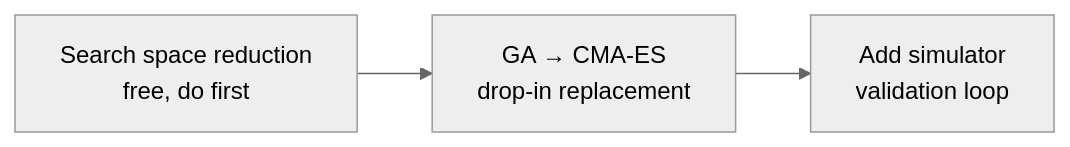
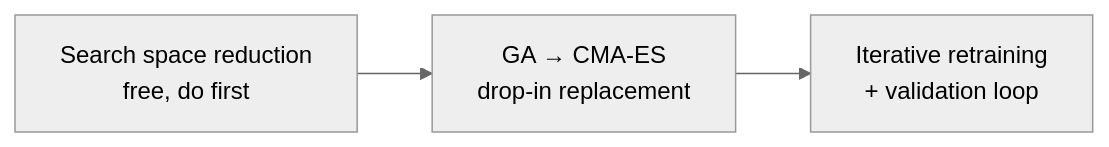
Before and after one commit to chenrimoch86/bbo-vault: the fourth of 4 diagrams in Vault-bbo/wiki/analyses/Problem_Definition.md, drawn with Mermaid (neutral theme). The commit also changed other lines of this file and 9 other files, not shown here.

````diff
--- a/Vault-bbo/wiki/analyses/Problem_Definition.md
+++ b/Vault-bbo/wiki/analyses/Problem_Definition.md
@@ -134,5 +162,5 @@
 ```mermaid
 flowchart LR
-    A[Search space reduction\nfree, do first] --> B[GA → CMA-ES\ndrop-in replacement]
-    B --> C[Add simulator\nvalidation loop]
+    A["Search space reduction<br/>free, do first"] --> B["GA → CMA-ES<br/>drop-in replacement"]
+    B --> C["Iterative retraining<br/>+ validation loop"]
 ```
````
